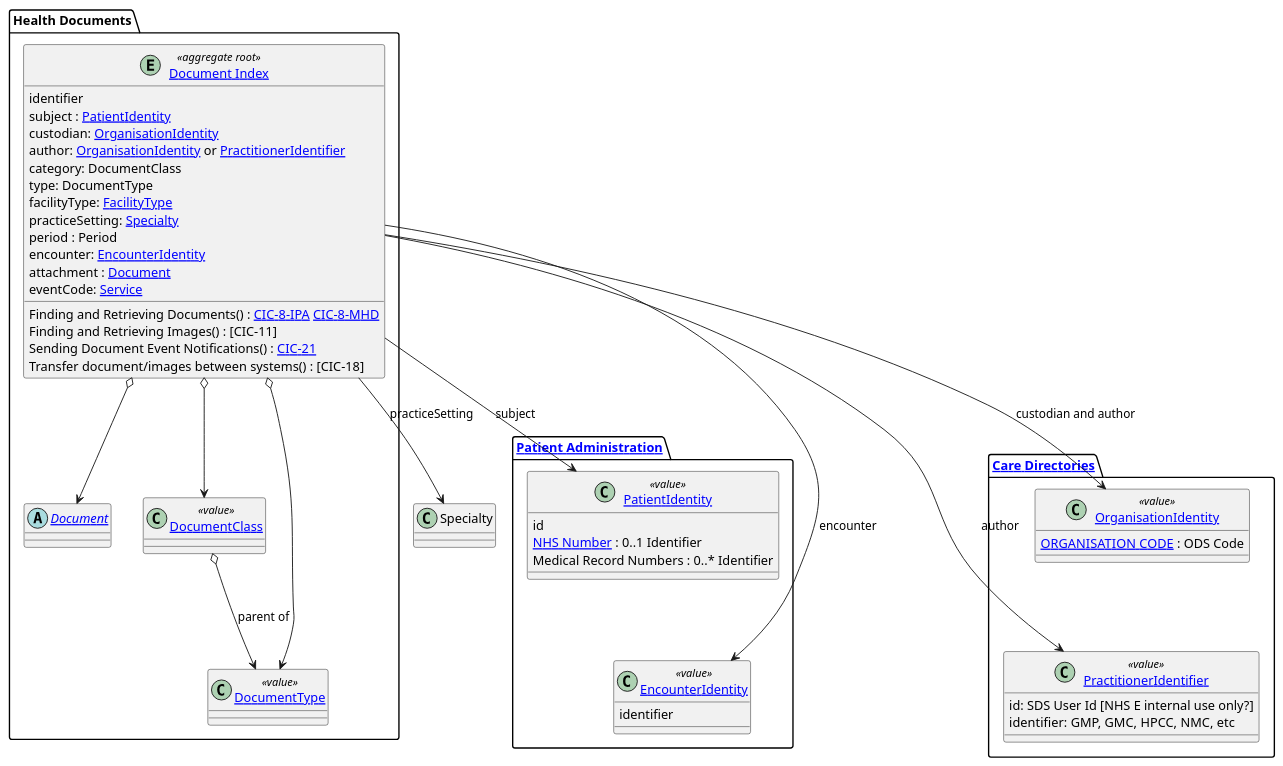
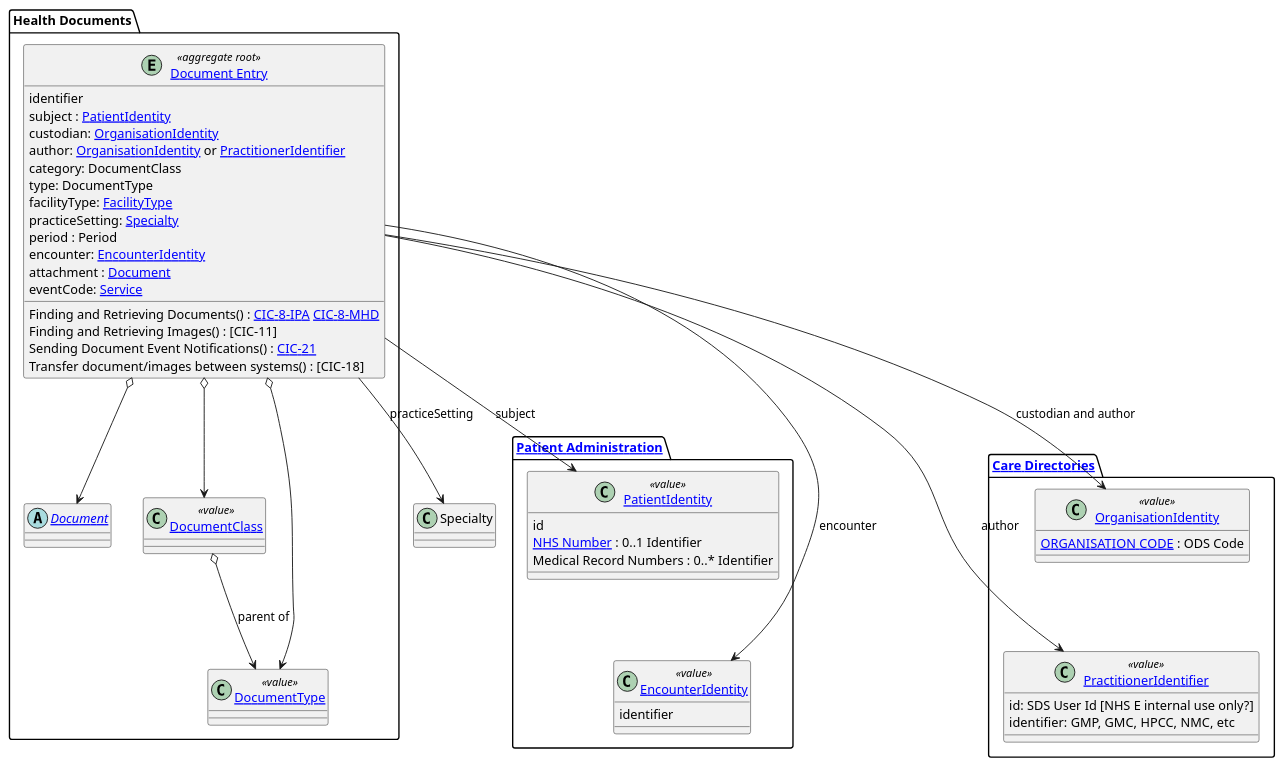
Before and after one commit to NHSDigital/national-imaging-repository-specification: the diagram in input/images-source/entity-document-index.plantuml, drawn with PlantUML. The commit also changed 8 other files, not shown here.

```diff
--- a/input/images-source/entity-document-index.plantuml
+++ b/input/images-source/entity-document-index.plantuml
@@ -1,94 +1,94 @@
 @startuml
 
 skinparam svgDimensionStyle false
 
 package healthdocuments as "Health Documents" {
 
-  entity "[[StructureDefinition-DocumentIndex.html Document Index]]" as document  <<aggregate root>>  {
+  entity "[[StructureDefinition-DocumentEntry.html Document Entry]]" as document  <<aggregate root>>  {
     identifier
     subject : [[StructureDefinition-Patient.html PatientIdentity]]
     custodian: [[StructureDefinition-Organisation.html OrganisationIdentity]]
     author: [[StructureDefinition-Organisation.html OrganisationIdentity]] or [[StructureDefinition-Practitioner.html PractitionerIdentifier]]
     category: DocumentClass
     type: DocumentType
     facilityType: [[ValueSet-facility-type.html FacilityType]]
     practiceSetting: [[ValueSet-specialty.html Specialty]]
     period : Period
     encounter: [[StructureDefinition-EncounterEvent.html EncounterIdentity]]
     attachment : [[StructureDefinition-Document.html Document]]
     eventCode: [[ValueSet-service.html Service]]
     Finding and Retrieving Documents() : [[CapabilityStatement-NHSE-CIC-8-IPA.html CIC-8-IPA]] [[CapabilityStatement-NHSE-CIC-8-MHD.html CIC-8-MHD]]
     Finding and Retrieving Images() : [CIC-11]
     Sending Document Event Notifications() : [[CapabilityStatement-NHSE-CIC-21-Event.html CIC-21]]
     Transfer document/images between systems() : [CIC-18]
   }
 
 
   abstract "[[StructureDefinition-Document.html Document]]" as Document {
   }
 
-   class "[[ValueSet-document-index-class.html DocumentClass]]" as DocumentClass <<value>> {
+   class "[[ValueSet-document-entry-class.html DocumentClass]]" as DocumentClass <<value>> {
     }
 
-  class "[[ValueSet-document-index-type.html DocumentType]]" as DocumentType <<value>> {
+  class "[[ValueSet-document-entry-type.html DocumentType]]" as DocumentType <<value>> {
 
   }
 
 
     DocumentClass o-d-> DocumentType : parent of
 
 }
 
 
 
 
 package PatientAdministration as "[[subdomain-patient-administration.html Patient Administration]]" {
 
 
 
   class  "[[StructureDefinition-Patient.html PatientIdentity]]" as PatientIdentity <<value>> {
     id
     [[https://www.datadictionary.nhs.uk/data_elements/nhs_number.html NHS Number]] : 0..1 Identifier
     Medical Record Numbers : 0..* Identifier
   }
 
 
 
   class "[[StructureDefinition-EncounterEvent.html EncounterIdentity]]" as EncounterIdentity <<value>> {
     identifier
   }
 
   PatientIdentity -d[hidden]- EncounterIdentity
 }
 
 
 package directories as "[[subdomain-care-directories.html Care Directories]]" {
 
 class "[[StructureDefinition-Organisation.html OrganisationIdentity]]" as OrganisationIdentity <<value>> {
   [[https://www.datadictionary.nhs.uk/attributes/organisation_code.html ORGANISATION CODE]] : ODS Code
 }
 
 class "[[StructureDefinition-Practitioner.html PractitionerIdentifier]]" as PractitionerIdentifier <<value>>  {
 id: SDS User Id [NHS E internal use only?]
 identifier: GMP, GMC, HPCC, NMC, etc
 }
 
   OrganisationIdentity -d[hidden]- PractitionerIdentifier
 
 }
 
 
 
   document o--> DocumentClass
   document o--> DocumentType
 
 
   document o--> Document
 
 document -d-> PatientIdentity : subject
   document --> EncounterIdentity: encounter
   document -d-> OrganisationIdentity : custodian and author
   document --> PractitionerIdentifier: author
   document --> Specialty: practiceSetting
 
 @enduml
```
